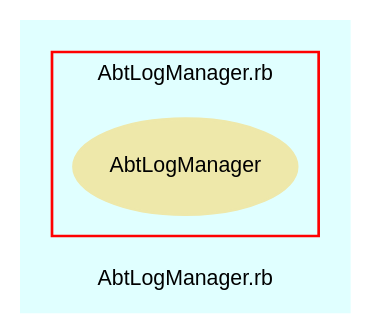
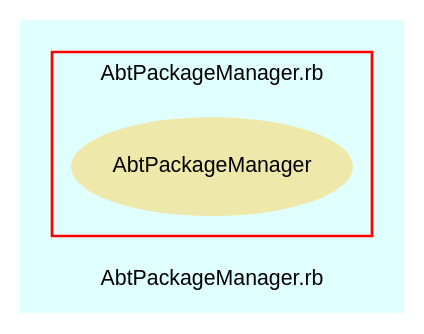
One commit to eschabell/abtlinux changed the diagram in src/trunk/doc/dot/f_4.dot. Above: the diagram before and after it, drawn with Graphviz. The commit also changed 52 other files, not shown here.

Commit message:
Added test cases for AbtPackageMananger to suite, generated docs.

```diff
--- a/src/trunk/doc/dot/f_4.dot
+++ b/src/trunk/doc/dot/f_4.dot
@@ -1,28 +1,28 @@
 digraph TopLevel {
     compound = true
     bgcolor = lightcyan1
     fontname = Arial
     fontsize = 8
-    label = "AbtLogManager.rb"
+    label = "AbtPackageManager.rb"
     node [
         fontname = Arial,
         fontsize = 8,
         color = black
     ]
 
     subgraph cluster_5 {
         fontname = Arial
         color = red
-        label = "AbtLogManager.rb"
-        AbtLogManager [
+        label = "AbtPackageManager.rb"
+        AbtPackageManager [
             fontcolor = black,
-            URL = "classes/AbtLogManager.html",
+            URL = "classes/AbtPackageManager.html",
             shape = ellipse,
             color = palegoldenrod,
             style = filled,
-            label = "AbtLogManager"
+            label = "AbtPackageManager"
         ]
 
     }
 
 }
```
